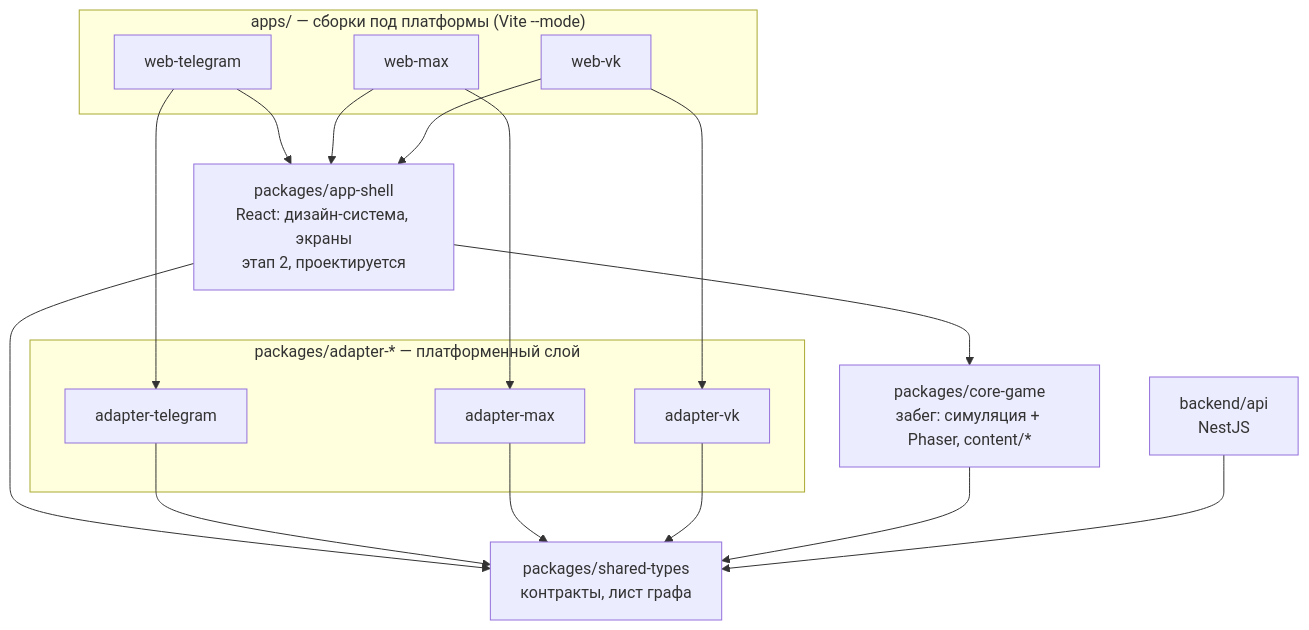
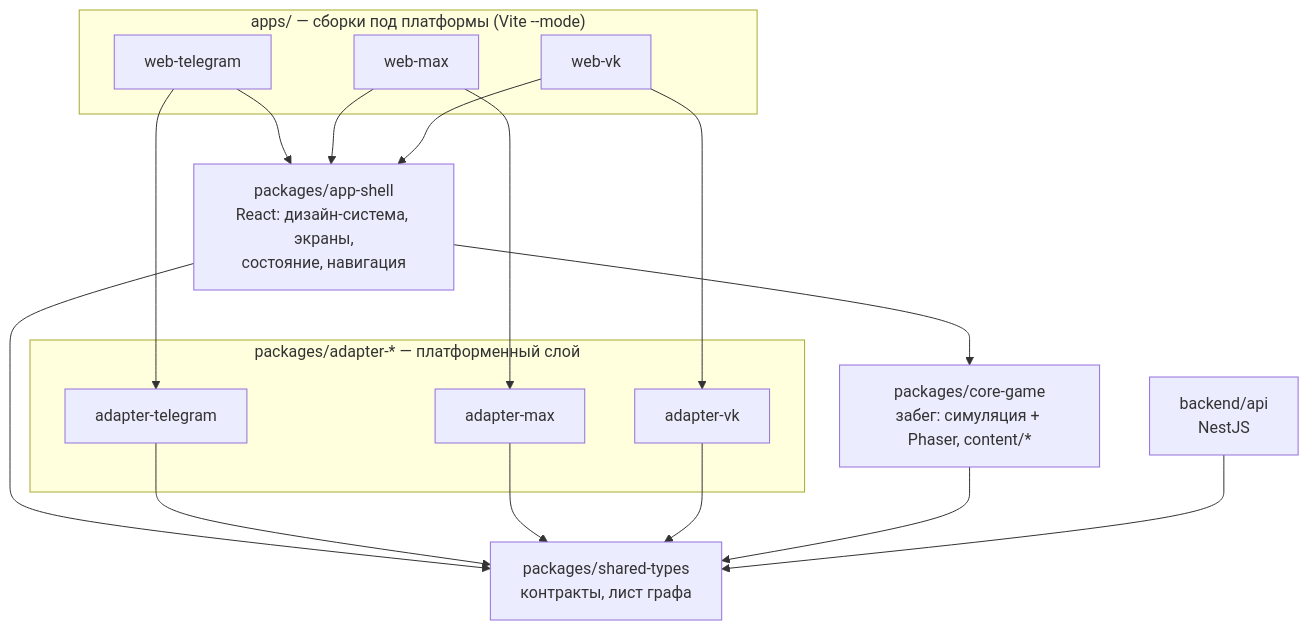
Before and after one commit to JJSGxKD/rubezh: the fifth of 18 diagrams in docs/21-diagrams.md, drawn with Mermaid. The commit also changed other lines of this file and 100 other files, not shown here.

First line of the commit message:
feat(app-shell): Добавь React-оболочку приложения (#9)

````diff
--- a/docs/21-diagrams.md
+++ b/docs/21-diagrams.md
@@ -348,34 +348,34 @@
 ```mermaid
 flowchart TD
     subgraph apps["apps/ — сборки под платформы (Vite --mode)"]
         WT["web-telegram"]
         WM["web-max"]
         WV["web-vk"]
     end
 
     subgraph adapters["packages/adapter-* — платформенный слой"]
         AT["adapter-telegram"]
         AM["adapter-max"]
         AV["adapter-vk"]
     end
 
-    SH["packages/app-shell<br/>React: дизайн-система, экраны<br/>этап 2, проектируется"]
+    SH["packages/app-shell<br/>React: дизайн-система, экраны,<br/>состояние, навигация"]
     CG["packages/core-game<br/>забег: симуляция + Phaser, content/*"]
     ST["packages/shared-types<br/>контракты, лист графа"]
     API["backend/api<br/>NestJS"]
 
     WT --> SH
     WT --> AT
     WM --> SH
     WM --> AM
     WV --> SH
     WV --> AV
 
     SH --> CG
     SH --> ST
     AT --> ST
     AM --> ST
     AV --> ST
     CG --> ST
     API --> ST
 ```
````
